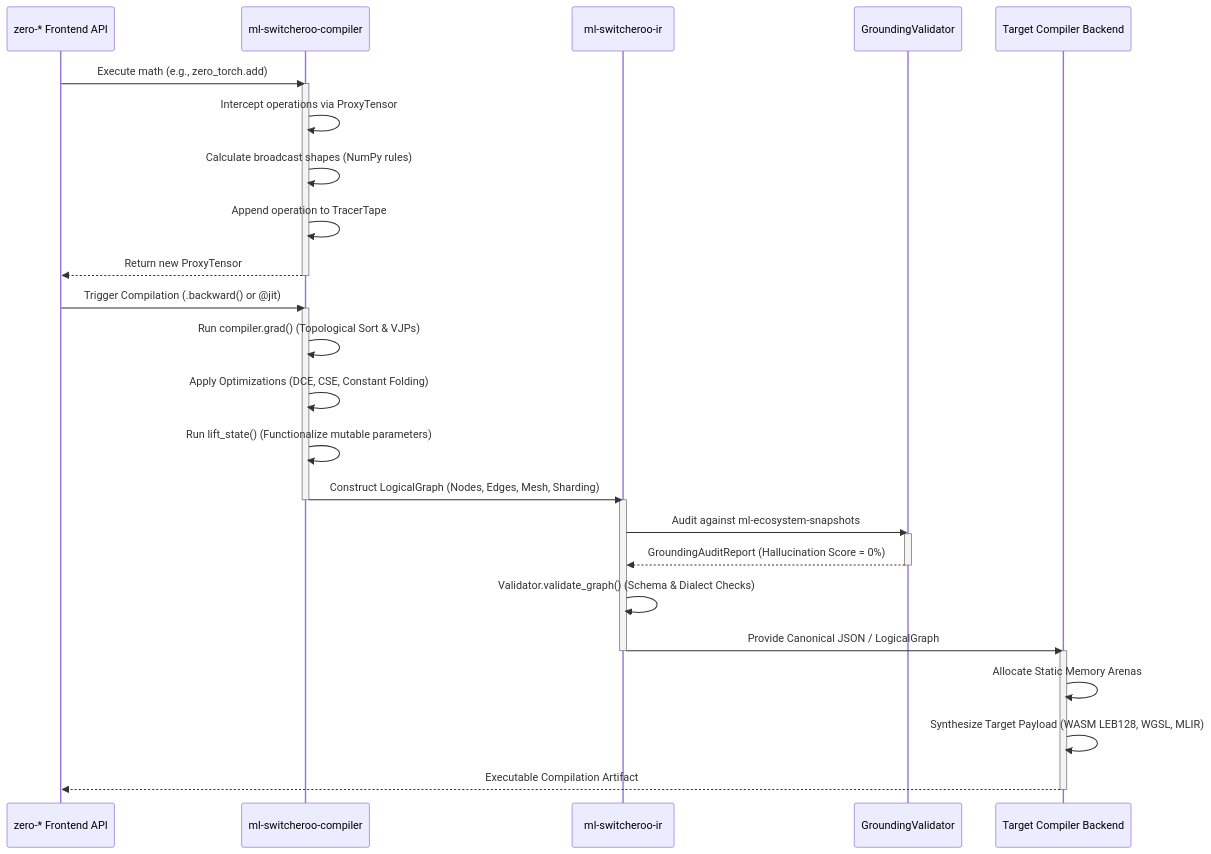
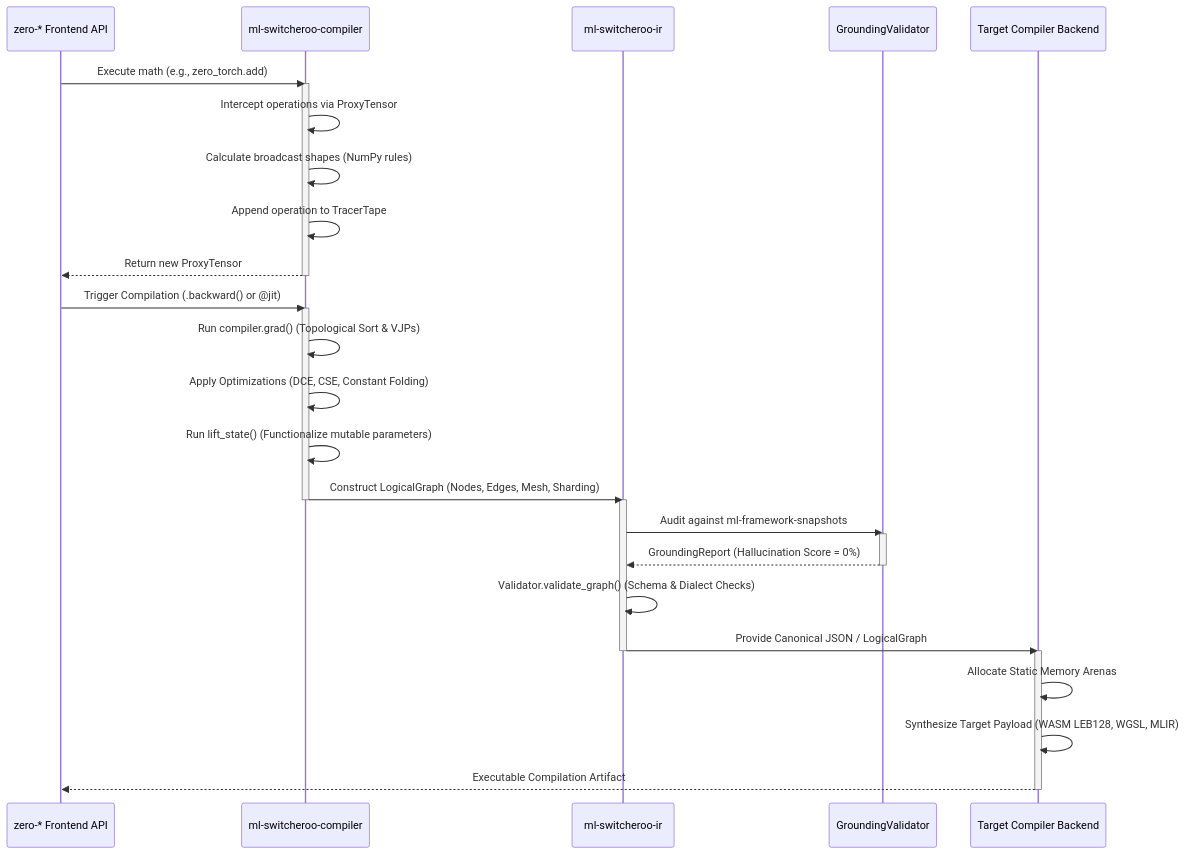
Before and after one commit to SamuelMarks/ml-switcheroo-ir: the fourth of 4 diagrams in ARCHITECTURE.md, drawn with Mermaid. The commit also changed other lines of this file and 115 other files, not shown here.

````diff
--- a/ARCHITECTURE.md
+++ b/ARCHITECTURE.md
@@ -334,40 +337,40 @@
 ```mermaid
 sequenceDiagram
     participant User as zero-* Frontend API
     participant Compiler as ml-switcheroo-compiler
     participant IR as ml-switcheroo-ir
     participant Grounding as GroundingValidator
     participant Backend as Target Compiler Backend
 
     User->>Compiler: Execute math (e.g., zero_torch.add)
     activate Compiler
     Compiler->>Compiler: Intercept operations via ProxyTensor
     Compiler->>Compiler: Calculate broadcast shapes (NumPy rules)
     Compiler->>Compiler: Append operation to TracerTape
     Compiler-->>User: Return new ProxyTensor
     deactivate Compiler
 
     User->>Compiler: Trigger Compilation (.backward() or @jit)
     activate Compiler
     Compiler->>Compiler: Run compiler.grad() (Topological Sort & VJPs)
     Compiler->>Compiler: Apply Optimizations (DCE, CSE, Constant Folding)
     Compiler->>Compiler: Run lift_state() (Functionalize mutable parameters)
     Compiler->>IR: Construct LogicalGraph (Nodes, Edges, Mesh, Sharding)
     deactivate Compiler
 
     activate IR
-    IR->>Grounding: Audit against ml-ecosystem-snapshots
+    IR->>Grounding: Audit against ml-framework-snapshots
     activate Grounding
-    Grounding-->>IR: GroundingAuditReport (Hallucination Score = 0%)
+    Grounding-->>IR: GroundingReport (Hallucination Score = 0%)
     deactivate Grounding
     
     IR->>IR: Validator.validate_graph() (Schema & Dialect Checks)
     IR->>Backend: Provide Canonical JSON / LogicalGraph
     deactivate IR
 
     activate Backend
     Backend->>Backend: Allocate Static Memory Arenas
     Backend->>Backend: Synthesize Target Payload (WASM LEB128, WGSL, MLIR)
     Backend-->>User: Executable Compilation Artifact
     deactivate Backend
 ```
````
